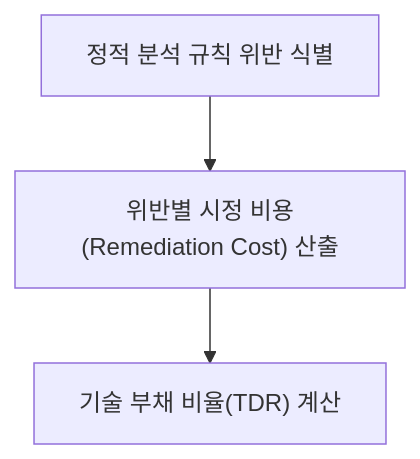
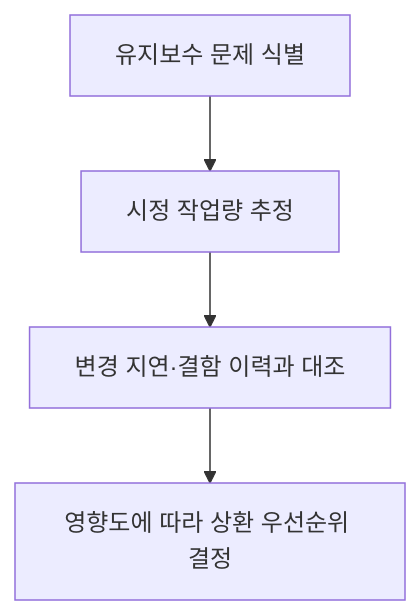
Before and after one commit to agnusdei1207/study: the diagram in src/content/docs/notes/itpe/02-software-engineering/016_technical_debt.md, drawn with Mermaid. The commit also changed other lines of this file, not shown here.

````diff
--- a/src/content/docs/notes/itpe/02-software-engineering/016_technical_debt.md
+++ b/src/content/docs/notes/itpe/02-software-engineering/016_technical_debt.md
@@ -113,5 +99,6 @@
 ```mermaid
-flowchart TB
-    A["정적 분석 규칙 위반 식별"] --> B["위반별 시정 비용(Remediation Cost) 산출"]
-    B --> C["기술 부채 비율(TDR) 계산"]
+flowchart TD
+    A["유지보수 문제 식별"] --> B["시정 작업량 추정"]
+    B --> C["변경 지연·결함 이력과 대조"]
+    C --> D["영향도에 따라 상환 우선순위 결정"]
 ```
````
